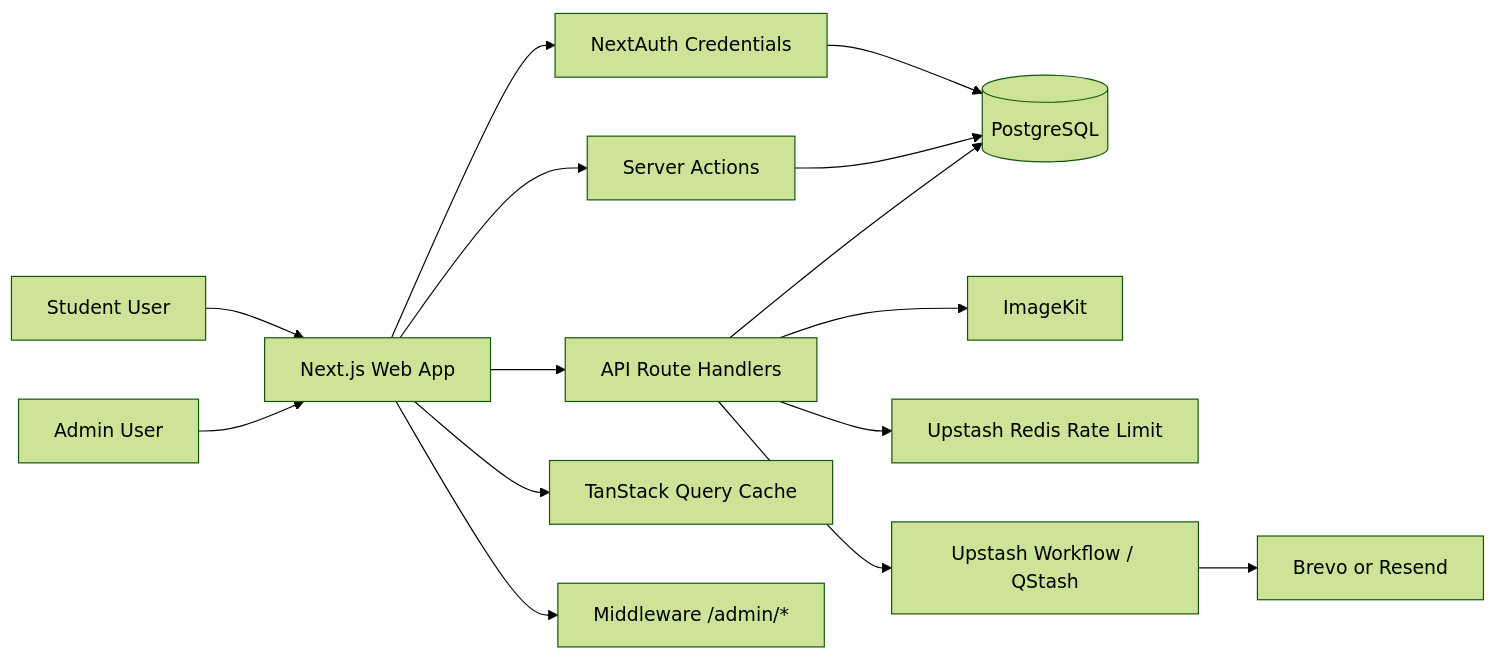
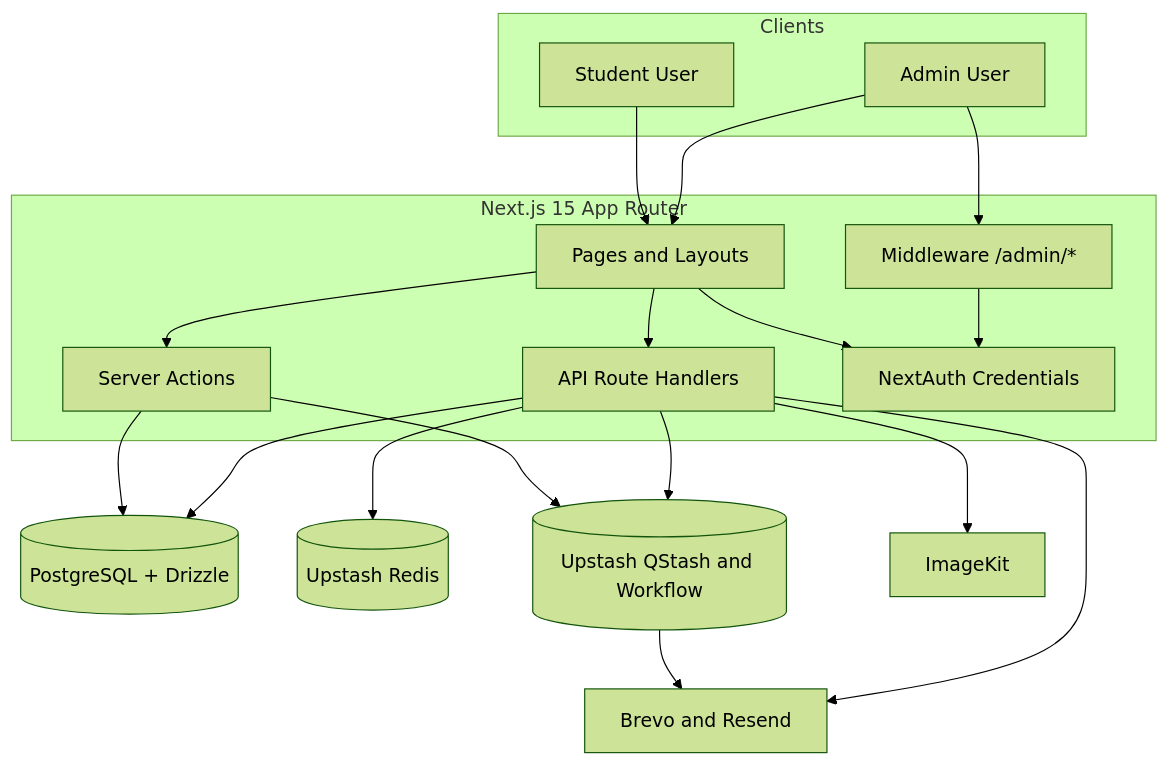
One commit to AnouarMohamed/Mundia_library changed the first of 6 diagrams in README.md. Above: the diagram before and after it, drawn with Mermaid (forest theme). The commit also changed other lines of this file, not shown here.

````diff
--- a/README.md
+++ b/README.md
@@ -53,20 +101,39 @@
 ```mermaid
-flowchart LR
-  U[Student User] --> WEB[Next.js Web App]
-  A[Admin User] --> WEB
+flowchart TB
+  subgraph Clients
+    STUDENT[Student User]
+    ADMIN[Admin User]
+  end
 
-  WEB --> AUTH[NextAuth Credentials]
-  WEB --> SA[Server Actions]
-  WEB --> API[API Route Handlers]
-  WEB --> RQ[TanStack Query Cache]
-  WEB --> MW[Middleware /admin/*]
+  subgraph Web[Next.js 15 App Router]
+    UI[Pages and Layouts]
+    SA[Server Actions]
+    API[API Route Handlers]
+    AUTH[NextAuth Credentials]
+    MW[Middleware /admin/*]
+  end
 
-  AUTH --> DB[(PostgreSQL)]
+  DB[(PostgreSQL + Drizzle)]
+  REDIS[(Upstash Redis)]
+  QSTASH[(Upstash QStash and Workflow)]
+  IMG[ImageKit]
+  MAIL[Brevo and Resend]
+
+  STUDENT --> UI
+  ADMIN --> UI
+
+  UI --> AUTH
+  UI --> SA
+  UI --> API
+  ADMIN --> MW
+  MW --> AUTH
+
   SA --> DB
   API --> DB
-
-  API --> IK[ImageKit]
-  API --> RL[Upstash Redis Rate Limit]
-  API --> WF[Upstash Workflow / QStash]
-  WF --> EMAIL[Brevo or Resend]
+  API --> REDIS
+  API --> IMG
+  SA --> QSTASH
+  API --> QSTASH
+  QSTASH --> MAIL
+  API --> MAIL
 ```
````
